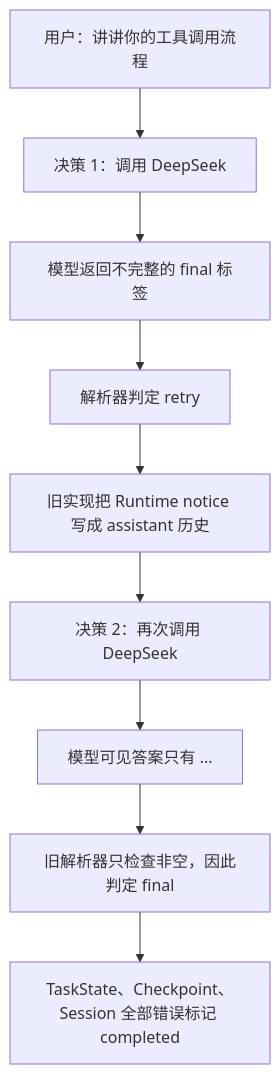
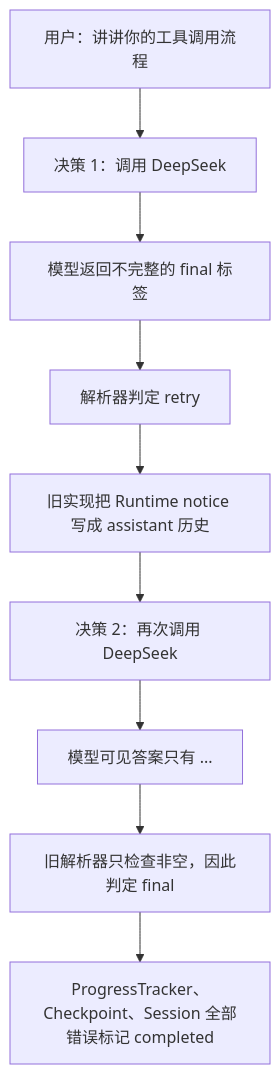
Before and after one commit to zeus040808/Jaxen-Code: the first of 2 diagrams in docs/architecture/session-and-failure.md, drawn with Mermaid. The commit also changed other lines of this file and 289 other files, not shown here.

````diff
--- a/docs/architecture/session-and-failure.md
+++ b/docs/architecture/session-and-failure.md
@@ -32,11 +32,11 @@
 ```mermaid
 flowchart TD
     A["用户：讲讲你的工具调用流程"] --> B["决策 1：调用 DeepSeek"]
     B --> C["模型返回不完整的 final 标签"]
     C --> D["解析器判定 retry"]
     D --> E["旧实现把 Runtime notice 写成 assistant 历史"]
     E --> F["决策 2：再次调用 DeepSeek"]
     F --> G["模型可见答案只有 ..."]
     G --> H["旧解析器只检查非空，因此判定 final"]
-    H --> I["TaskState、Checkpoint、Session 全部错误标记 completed"]
+    H --> I["ProgressTracker、Checkpoint、Session 全部错误标记 completed"]
 ```
````
